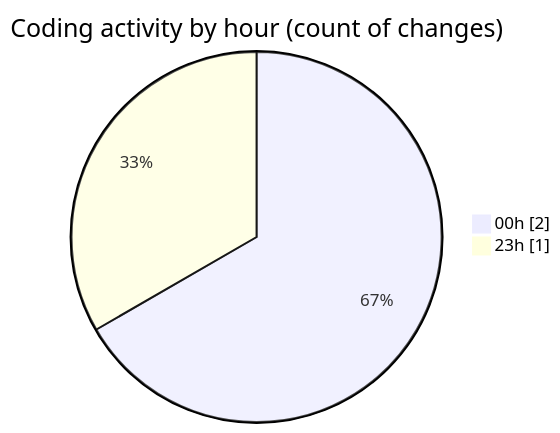
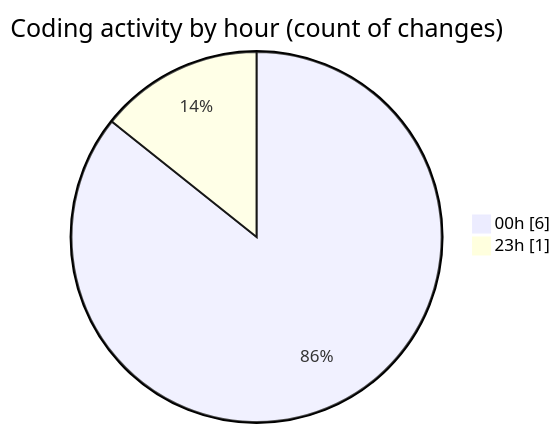
One commit to lephambinh05/code-tracking changed the second of 2 diagrams in 2025-07-18/nhahang/README.md. Above: the diagram before and after it, drawn with Mermaid. The commit also changed other lines of this file and 1 other file, not shown here.

````diff
--- a/2025-07-18/nhahang/README.md
+++ b/2025-07-18/nhahang/README.md
@@ -30,6 +34,6 @@
 ```mermaid
 pie showData
 title Coding activity by hour (count of changes)
-"00h" : 2
+"00h" : 6
 "23h" : 1
 ```
````
